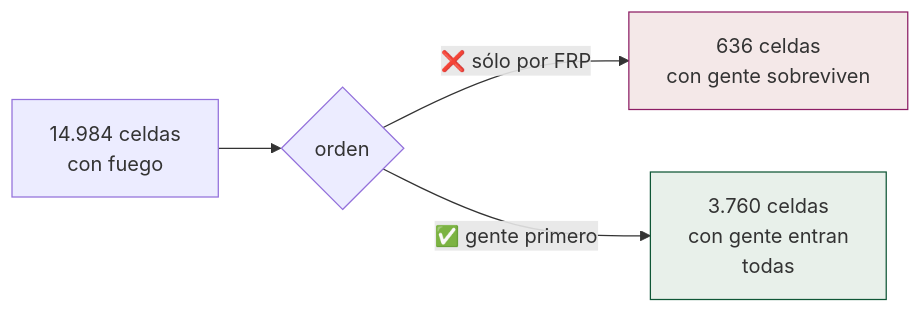
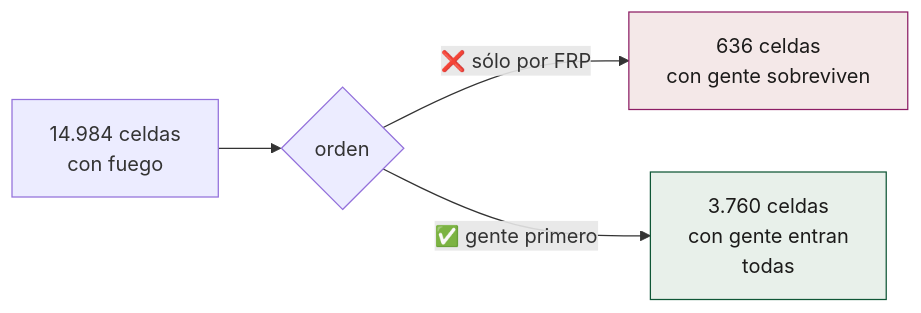
Before and after one commit to sforero77/CENTINELA: the second of 2 diagrams in docs/pipelines/p5-incendios.md, drawn with Mermaid. The commit also changed other lines of this file and 24 other files, not shown here.

First line of the commit message:
Los rotulos de los diagramas se borraban en tema oscuro

````diff
--- a/docs/pipelines/p5-incendios.md
+++ b/docs/pipelines/p5-incendios.md
@@ -73,9 +73,9 @@
 ```mermaid
 flowchart LR
   T["14.984 celdas<br/>con fuego"] --> A{"orden"}
   A -->|"❌ sólo por FRP"| B["636 celdas<br/>con gente sobreviven"]
   A -->|"✅ gente primero"| C["3.760 celdas<br/>con gente entran<br/>todas"]
 
-  style B fill:#f4e8e8,stroke:#8c1d64
-  style C fill:#e8f0ea,stroke:#0f5636
+  style B fill:#f4e8e8,stroke:#8c1d64,color:#1c1b1a
+  style C fill:#e8f0ea,stroke:#0f5636,color:#1c1b1a
 ```
````
